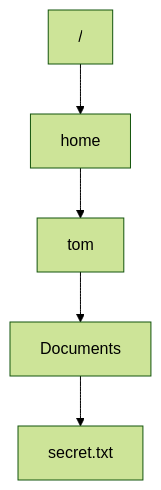
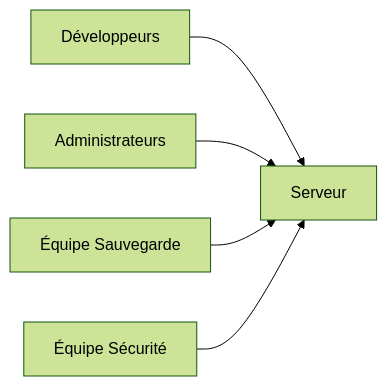
Before and after one commit to tdelaclos/formations: diagram 14 of 15 in campagne 1/1.6.md, drawn with Mermaid (forest theme). The commit also changed other lines of this file, not shown here.

````diff
--- a/campagne 1/1.6.md
+++ b/campagne 1/1.6.md
@@ -1022,18 +910,18 @@
 ```mermaid
-flowchart TD
+flowchart LR
 
-A["/"]
+A["Développeurs"]
 
-B["home"]
+B["Administrateurs"]
 
-C["tom"]
+C["Équipe Sauvegarde"]
 
-D["Documents"]
+D["Équipe Sécurité"]
 
-E["secret.txt"]
+E["Serveur"]
 
-A --> B
-B --> C
-C --> D
+A --> E
+B --> E
+C --> E
 D --> E
 ```
````
